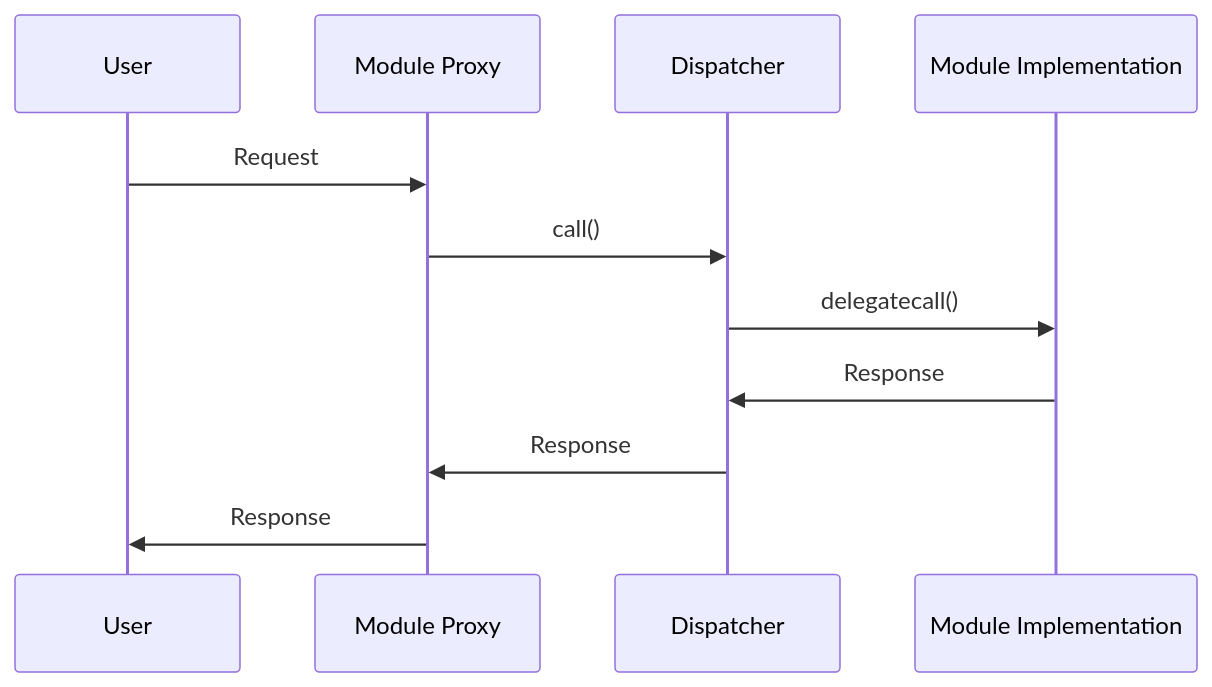
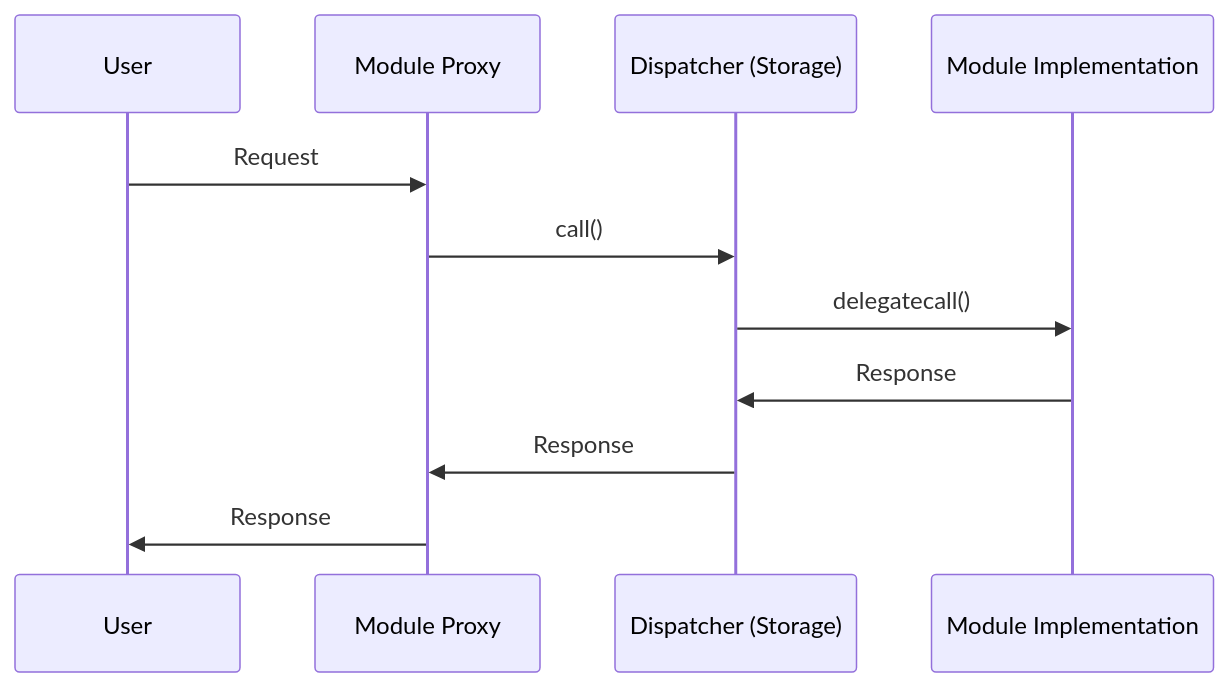
The first of 2 diagrams in README.md (chromaxyz/reflex), drawn with Mermaid before and after one commit.

Commit message:
notify where storage lives

````diff
--- a/README.md
+++ b/README.md
@@ -14,9 +14,9 @@
 ```mermaid
 sequenceDiagram
     User->>Module Proxy: Request
-    Module Proxy->>Dispatcher: call()
-    Dispatcher->>Module Implementation: delegatecall()
-    Module Implementation->>Dispatcher: Response
-    Dispatcher->>Module Proxy: Response
+    Module Proxy->>Dispatcher (Storage): call()
+    Dispatcher (Storage) ->>Module Implementation: delegatecall()
+    Module Implementation->>Dispatcher (Storage): Response
+    Dispatcher (Storage) ->>Module Proxy: Response
     Module Proxy->>User: Response
 ```
````
